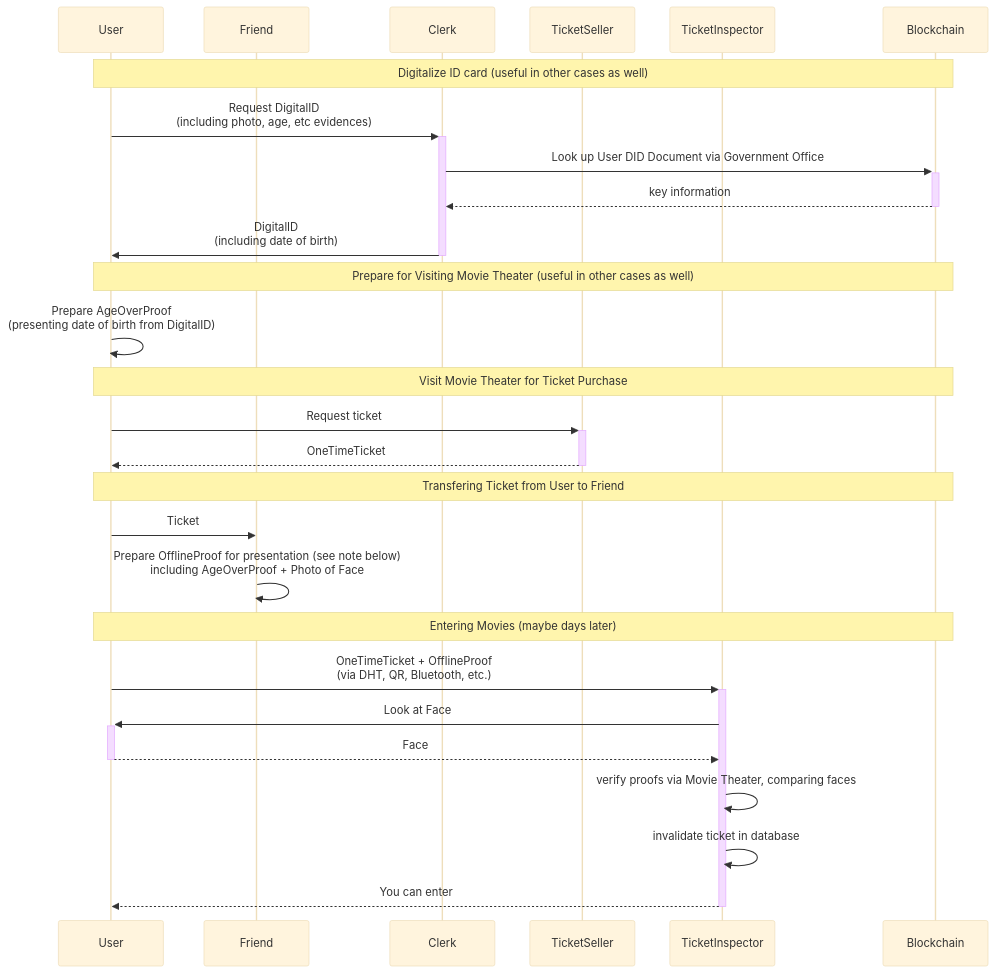
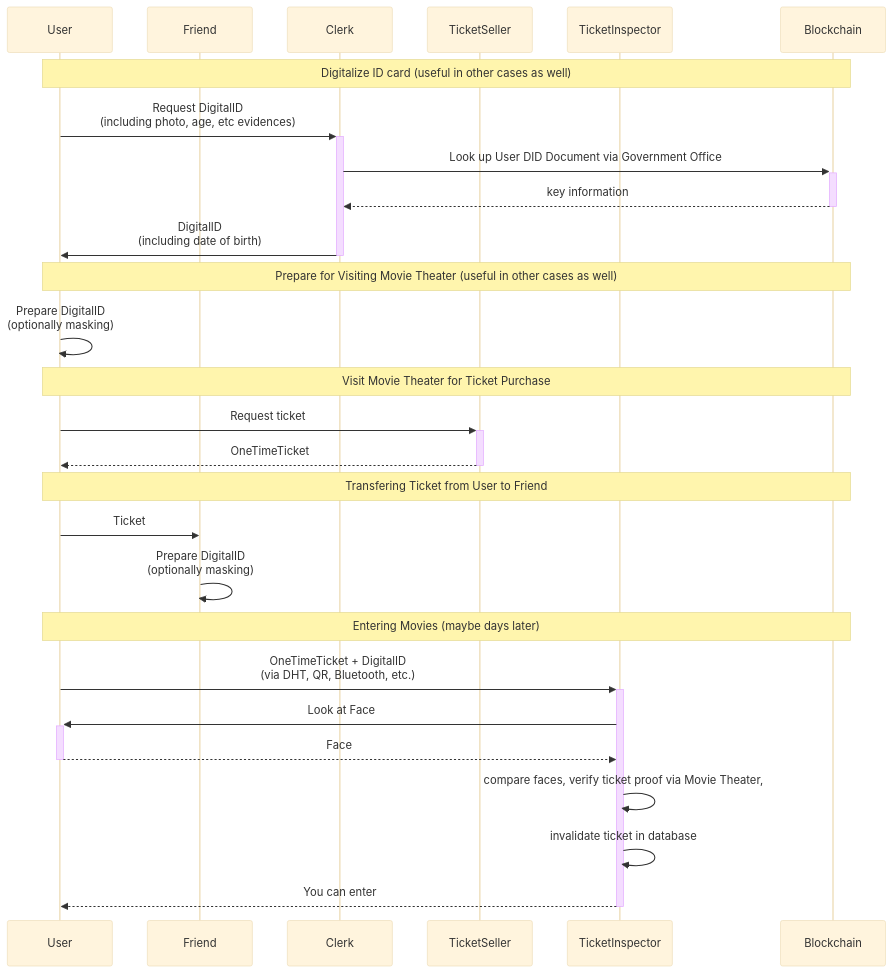
One commit to HydraMeshnet/developer-portal changed the diagram in usecases/movie_theater.md. Above: the diagram before and after it, drawn with Mermaid (base theme). The commit also changed other lines of this file and 6 other files, not shown here.

Commit message:
updated movie ticket use case, README and glossary

````diff
--- a/usecases/movie_theater.md
+++ b/usecases/movie_theater.md
@@ -50,36 +127,36 @@
 ```mermaid
 sequenceDiagram
   participant User
   participant Friend
   participant Clerk
   participant TicketSeller
   participant TicketInspector
   participant Blockchain
   
   note over User,Blockchain: Digitalize ID card (useful in other cases as well)
   User ->> +Clerk: Request DigitalID<br>(including photo, age, etc evidences)
   
   Clerk ->> +Blockchain: Look up User DID Document via Government Office
   Blockchain -->> -Clerk: key information
   
   Clerk ->> -User: DigitalID<br>(including date of birth)
   
   note over User,Blockchain: Prepare for Visiting Movie Theater (useful in other cases as well)
-  User ->> User: Prepare AgeOverProof<br>(presenting date of birth from DigitalID)
+  User ->> User: Prepare DigitalID<br>(optionally masking)
   
   note over User,Blockchain: Visit Movie Theater for Ticket Purchase
   User ->> +TicketSeller: Request ticket
   TicketSeller -->> -User: OneTimeTicket
   
   note over User,Blockchain: Transfering Ticket from User to Friend
   User ->> Friend: Ticket
-  Friend ->> Friend: Prepare OfflineProof for presentation (see note below)<br>including AgeOverProof + Photo of Face
+  Friend ->> Friend: Prepare DigitalID<br>(optionally masking)
     
   note over User,Blockchain: Entering Movies (maybe days later)
-  User ->> +TicketInspector: OneTimeTicket + OfflineProof<br>(via DHT, QR, Bluetooth, etc.)
+  User ->> +TicketInspector: OneTimeTicket + DigitalID<br>(via DHT, QR, Bluetooth, etc.)
   TicketInspector ->> +User: Look at Face
   User -->> -TicketInspector: Face
-  TicketInspector ->> TicketInspector: verify proofs via Movie Theater, comparing faces
+  TicketInspector ->> TicketInspector: compare faces, verify ticket proof via Movie Theater, 
   TicketInspector ->> TicketInspector: invalidate ticket in database
   TicketInspector -->> -User: You can enter
 ```
````
